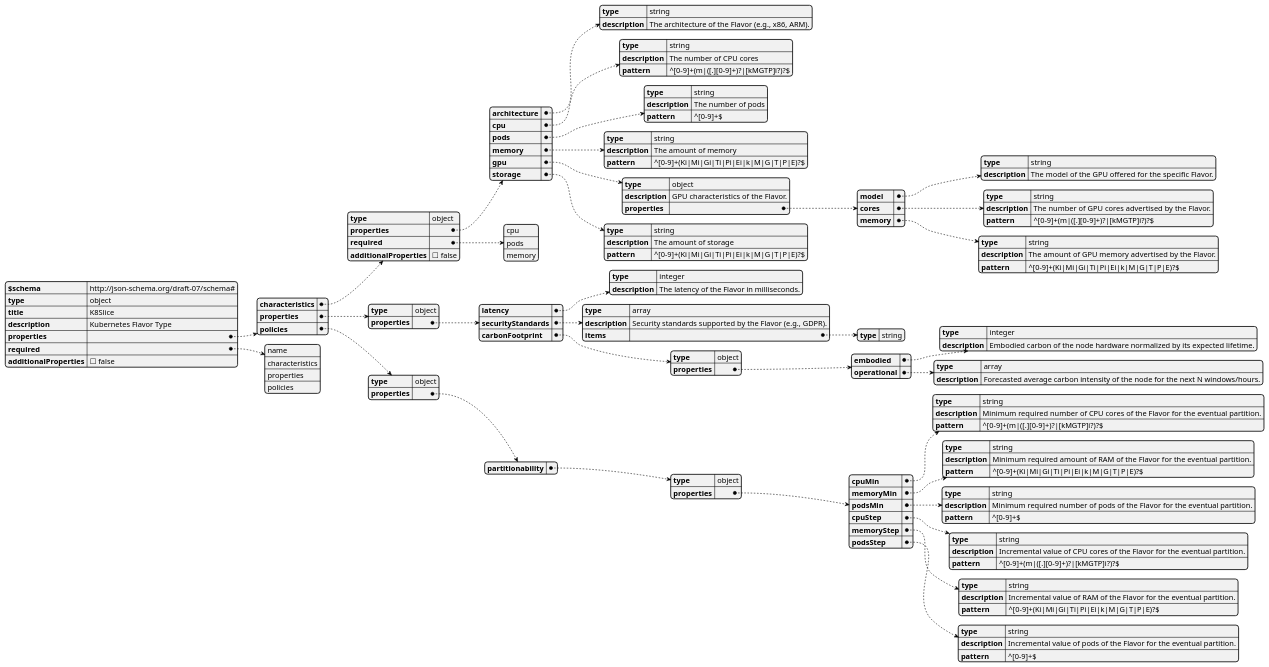
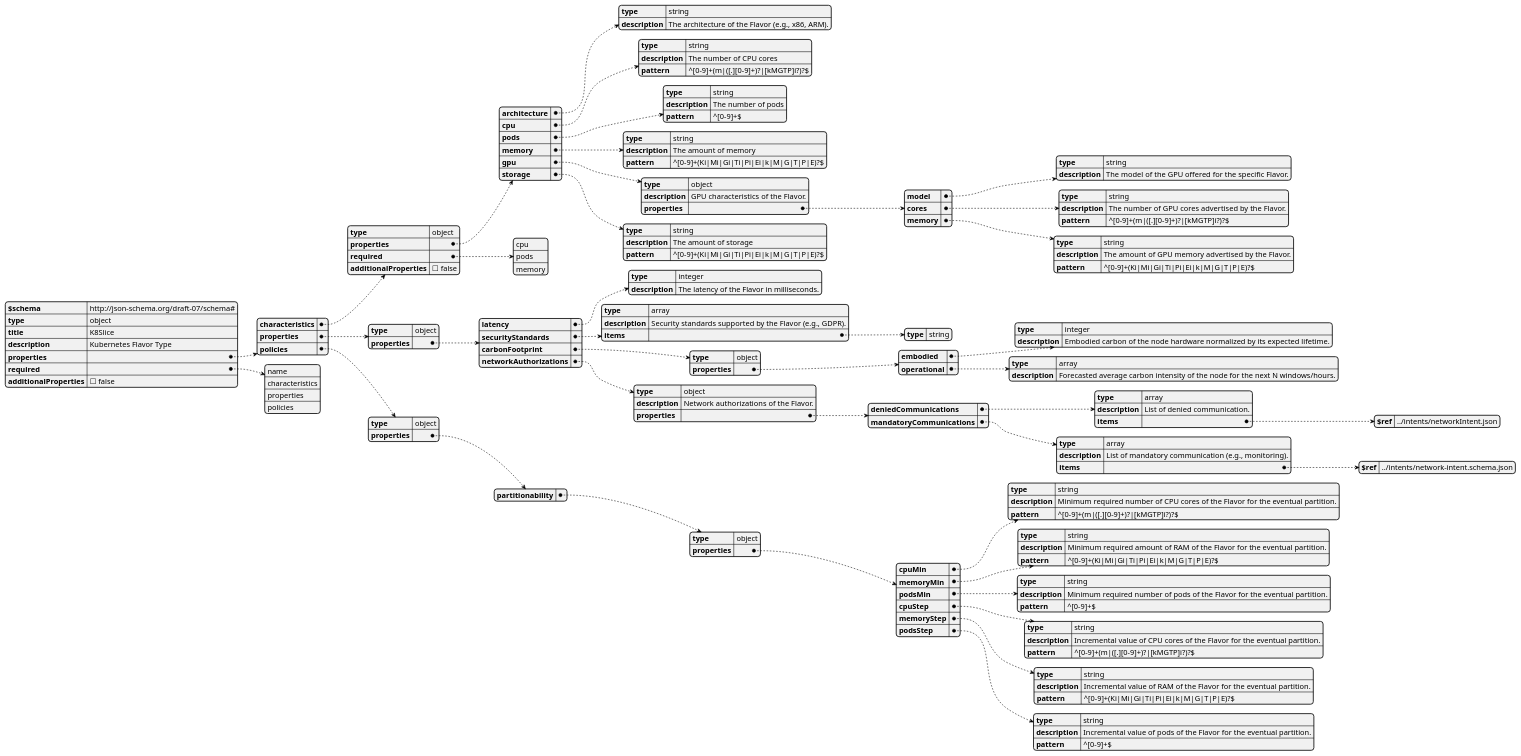
The diagram in puml/models/schemas/flavor-types/k8slice.puml (fluidos-project/REAR-data-models), drawn with PlantUML before and after one commit. The commit also changed 13 other files, not shown here.

```diff
--- a/puml/models/schemas/flavor-types/k8slice.puml
+++ b/puml/models/schemas/flavor-types/k8slice.puml
@@ -1,132 +1,152 @@
 @startjson
 {
     "$schema": "http://json-schema.org/draft-07/schema#",
     "type": "object",
     "title": "K8Slice",
     "description": "Kubernetes Flavor Type",
     "properties": {
         "characteristics": {
             "type": "object",
             "properties": {
                 "architecture": {
                     "type": "string",
                     "description": "The architecture of the Flavor (e.g., x86, ARM)."
                 },
                 "cpu": {
                     "type": "string",
                     "description": "The number of CPU cores",
                     "pattern": "^[0-9]+(m|([.][0-9]+)?|[kMGTP]i?)?$"
                 },
                 "pods": {
                     "type": "string",
                     "description": "The number of pods",
                     "pattern": "^[0-9]+$"
                 },
                 "memory": {
                     "type": "string",
                     "description": "The amount of memory",
                     "pattern": "^[0-9]+(Ki|Mi|Gi|Ti|Pi|Ei|k|M|G|T|P|E)?$"
                 },
                 "gpu": {
                     "type": "object",
                     "description": "GPU characteristics of the Flavor.",
                     "properties": {
                         "model" : {
                             "type": "string",
                             "description": "The model of the GPU offered for the specific Flavor."
                         },
                         "cores": {
                             "type": "string",
                             "description": "The number of GPU cores advertised by the Flavor.",
                             "pattern": "^[0-9]+(m|([.][0-9]+)?|[kMGTP]i?)?$"
                         },
                         "memory": {
                             "type": "string",
                             "description": "The amount of GPU memory advertised by the Flavor.",
                             "pattern": "^[0-9]+(Ki|Mi|Gi|Ti|Pi|Ei|k|M|G|T|P|E)?$"
                         }
                     }
                 },
                 "storage": {
                     "type": "string",
                     "description": "The amount of storage",
                     "pattern": "^[0-9]+(Ki|Mi|Gi|Ti|Pi|Ei|k|M|G|T|P|E)?$"
                 }
             },
             "required": ["cpu", "pods", "memory"],
             "additionalProperties": false
         },
         "properties": {
             "type": "object",
             "properties": {
                 "latency": {
                     "type": "integer",
                     "description": "The latency of the Flavor in milliseconds."
                 },
                 "securityStandards": {
                     "type": "array",
                     "description": "Security standards supported by the Flavor (e.g., GDPR).",
                     "items": {
                         "type": "string"
                     }
                 },
                 "carbonFootprint": {
                     "type": "object",
                     "properties": {
                         "embodied": {
                             "type": "integer",
                             "description": "Embodied carbon of the node hardware normalized by its expected lifetime."
                         },
                         "operational": {
                             "type": "array",
                             "description": "Forecasted average carbon intensity of the node for the next N windows/hours."
                         }
                     }
+                },
+                "networkAuthorizations": {
+                    "type": "object",
+                    "description": "Network authorizations of the Flavor.",
+                    "properties": {
+                        "deniedCommunications": {
+                            "type": "array",
+                            "description": "List of denied communication.",
+                            "items": {
+                                "$ref": "../intents/networkIntent.json"
+                            }
+                        },
+                        "mandatoryCommunications": {
+                            "type": "array",
+                            "description": "List of mandatory communication (e.g., monitoring).",
+                            "items": {
+                                "$ref": "../intents/network-intent.schema.json"
+                            }
+                        }
+                    }
                 }
             }
         },
         "policies": {
             "type": "object",
             "properties": {
                 "partitionability": {
                     "type": "object",
                     "properties": {
                         "cpuMin": {
                             "type": "string",
                             "description": "Minimum required number of CPU cores of the Flavor for the eventual partition.",
                             "pattern": "^[0-9]+(m|([.][0-9]+)?|[kMGTP]i?)?$"
                         },
                         "memoryMin": {
                             "type": "string",
                             "description": "Minimum required amount of RAM of the Flavor for the eventual partition.",
                             "pattern": "^[0-9]+(Ki|Mi|Gi|Ti|Pi|Ei|k|M|G|T|P|E)?$"
                         },
                         "podsMin": {
                             "type": "string",
                             "description": "Minimum required number of pods of the Flavor for the eventual partition.",
                             "pattern": "^[0-9]+$"
                         },
                         "cpuStep": {
                             "type": "string",
                             "description": "Incremental value of CPU cores of the Flavor for the eventual partition.",
                             "pattern": "^[0-9]+(m|([.][0-9]+)?|[kMGTP]i?)?$"
                         },
                         "memoryStep": {
                             "type": "string",
                             "description": "Incremental value of RAM of the Flavor for the eventual partition.",
                             "pattern": "^[0-9]+(Ki|Mi|Gi|Ti|Pi|Ei|k|M|G|T|P|E)?$"
                         },
                         "podsStep": {
                             "type": "string",
                             "description": "Incremental value of pods of the Flavor for the eventual partition.",
                             "pattern": "^[0-9]+$"
                         }
                     }
                 }
             }
         }
     },
     "required": ["name", "characteristics", "properties", "policies"],
     "additionalProperties": false
 }
 @endjson
```
